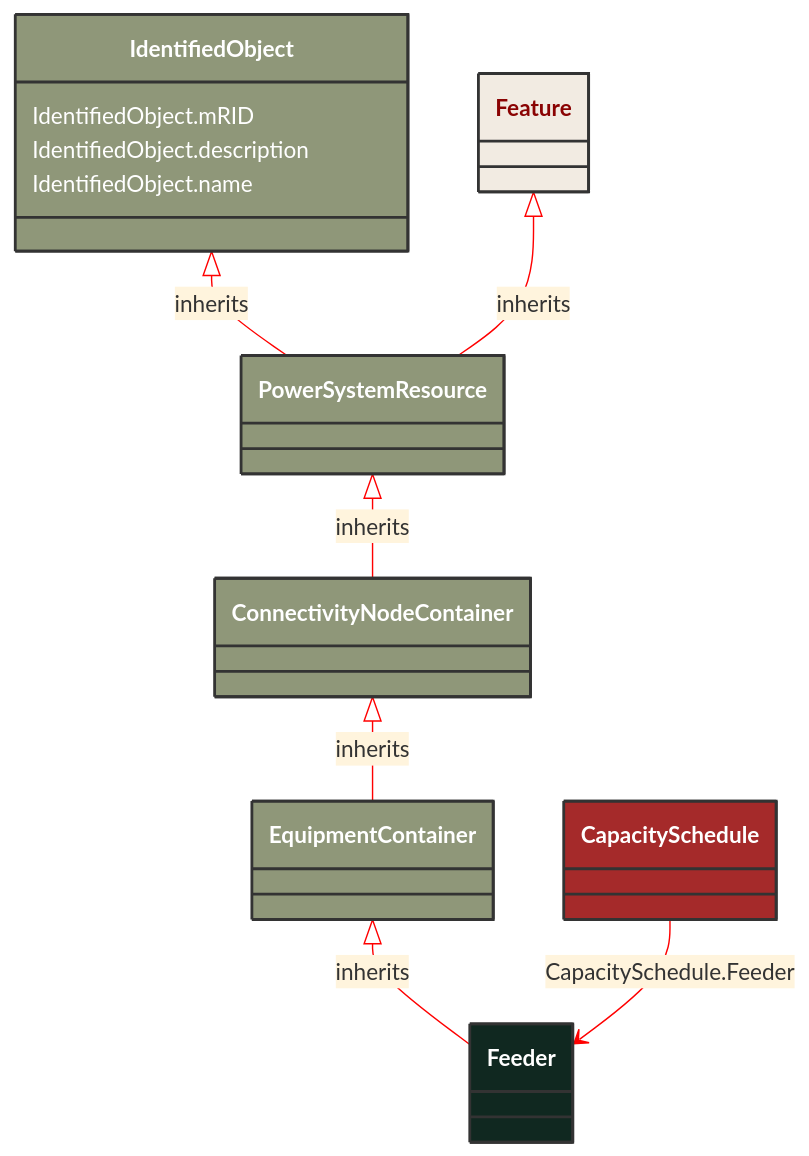
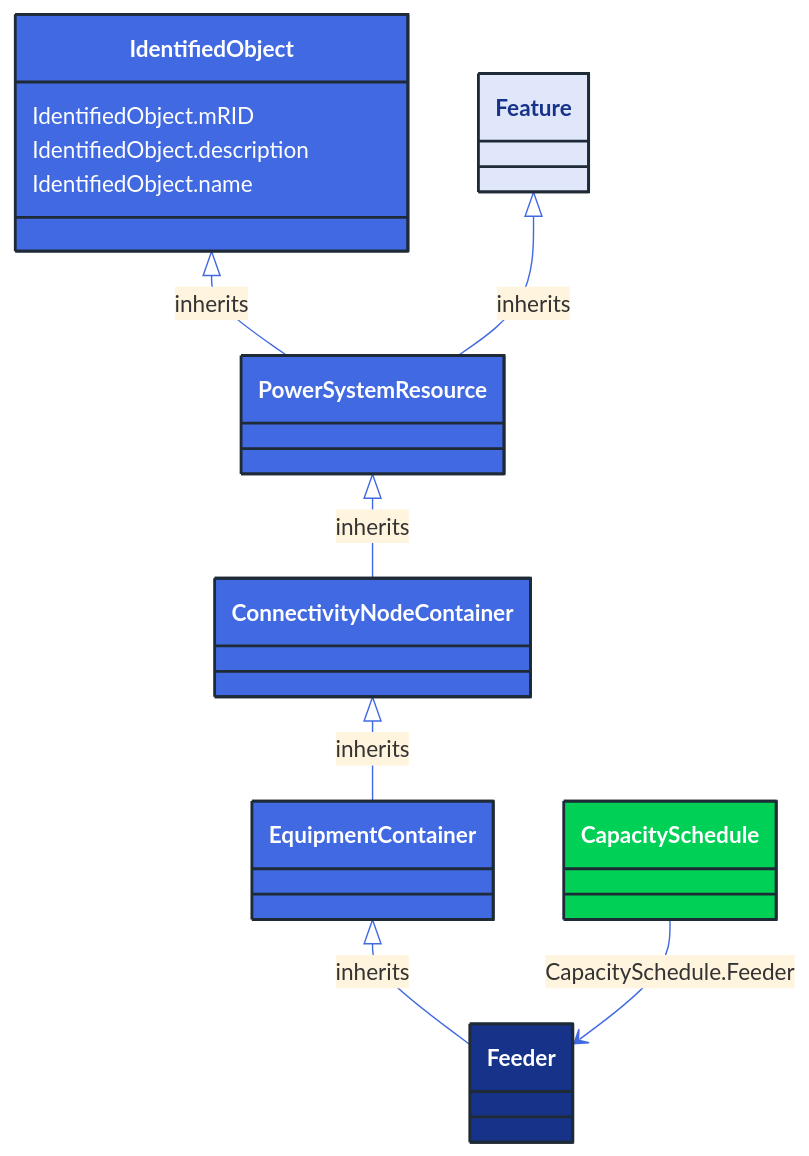
Before and after one commit to 3lbits/NoCIMExtensions: the diagram in docs/Models/Profiles/GridCapacity/ConcreteClasses/Feeder.md, drawn with Mermaid. The commit also changed 362 other files, not shown here.

First line of the commit message:
Update diagrams and styles for improved visual consistency

````diff
--- a/docs/Models/Profiles/GridCapacity/ConcreteClasses/Feeder.md
+++ b/docs/Models/Profiles/GridCapacity/ConcreteClasses/Feeder.md
@@ -8,39 +8,39 @@
 ```mermaid
-%%{init: {'theme':'base','themeVariables': {'lineColor': '#FF0000'}}}%%
+%%{init: {'theme':'base','themeVariables': {'lineColor': '#4169E1'}}}%%
 classDiagram
     class Feeder
     click Feeder href "/Models/Profiles/GridCapacity/ConcreteClasses/Feeder/"
-    style Feeder fill:#102820,stroke:#333,stroke-width:2px,rx:10,ry:10,color:white
+    style Feeder fill:#163289,stroke:#1F2A37,stroke-width:2px,rx:10,ry:10,color:white
      
         EquipmentContainer <|-- Feeder : inherits
             click EquipmentContainer href "/Models/Profiles/GridCapacity/AbstractClasses/EquipmentContainer/"
-            style EquipmentContainer fill:#8F9779,stroke:#333,stroke-width:2px,rx:10,ry:10,color:white
+            style EquipmentContainer fill:#4169E1,stroke:#1F2A37,stroke-width:2px,rx:10,ry:10,color:white
      
         ConnectivityNodeContainer <|-- EquipmentContainer : inherits
             click ConnectivityNodeContainer href "/Models/Profiles/GridCapacity/AbstractClasses/ConnectivityNodeContainer/"
-            style ConnectivityNodeContainer fill:#8F9779,stroke:#333,stroke-width:2px,rx:10,ry:10,color:white
+            style ConnectivityNodeContainer fill:#4169E1,stroke:#1F2A37,stroke-width:2px,rx:10,ry:10,color:white
      
         PowerSystemResource <|-- ConnectivityNodeContainer : inherits
             click PowerSystemResource href "/Models/Profiles/GridCapacity/AbstractClasses/PowerSystemResource/"
-            style PowerSystemResource fill:#8F9779,stroke:#333,stroke-width:2px,rx:10,ry:10,color:white
+            style PowerSystemResource fill:#4169E1,stroke:#1F2A37,stroke-width:2px,rx:10,ry:10,color:white
      
         IdentifiedObject <|-- PowerSystemResource : inherits
             click IdentifiedObject href "/Models/Profiles/GridCapacity/AbstractClasses/IdentifiedObject/"
-            style IdentifiedObject fill:#8F9779,stroke:#333,stroke-width:2px,rx:10,ry:10,color:white
+            style IdentifiedObject fill:#4169E1,stroke:#1F2A37,stroke-width:2px,rx:10,ry:10,color:white
 
         Feature <|-- PowerSystemResource : inherits
             click Feature href "/Models/Profiles/GridCapacity/AbstractClasses/Feature/"
-            style Feature fill:#F2EBE2,stroke:#333,stroke-width:2px,rx:10,ry:10,color:#8A0303
+            style Feature fill:#E0E7FA,stroke:#1F2A37,stroke-width:2px,rx:10,ry:10,color:#163289
 
 
         CapacitySchedule --> Feeder : CapacitySchedule.Feeder
 
         CapacitySchedule
             click CapacitySchedule href "/Models/Profiles/GridCapacity/ConcreteClasses/CapacitySchedule/"
-            style CapacitySchedule fill:#A52A2A,stroke:#333,stroke-width:2px,rx:10,ry:10,color:white
+            style CapacitySchedule fill:#00D156,stroke:#1F2A37,stroke-width:2px,rx:10,ry:10,color:white
 
 
         IdentifiedObject : IdentifiedObject.mRID
         IdentifiedObject : IdentifiedObject.description
         IdentifiedObject : IdentifiedObject.name
 ```
````
